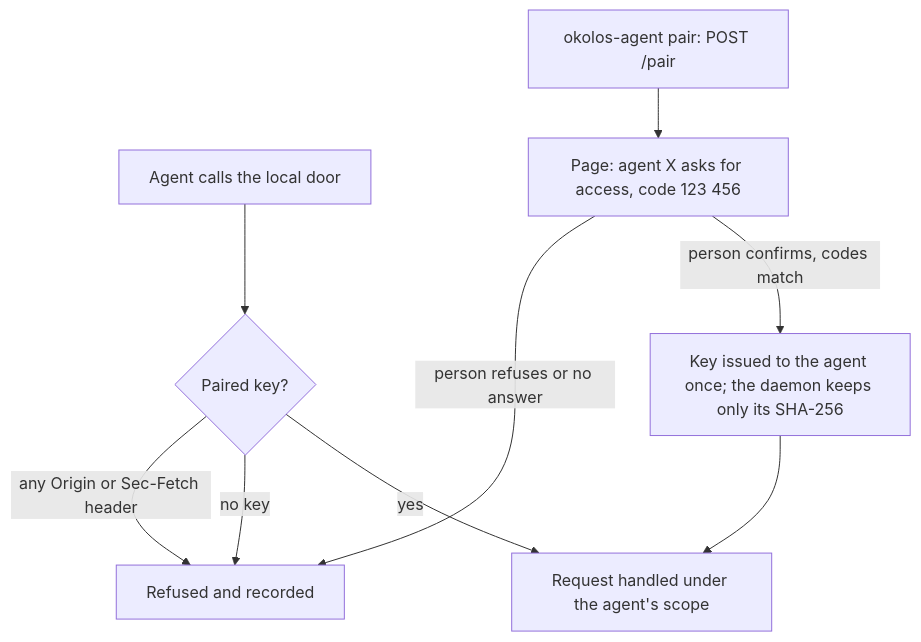
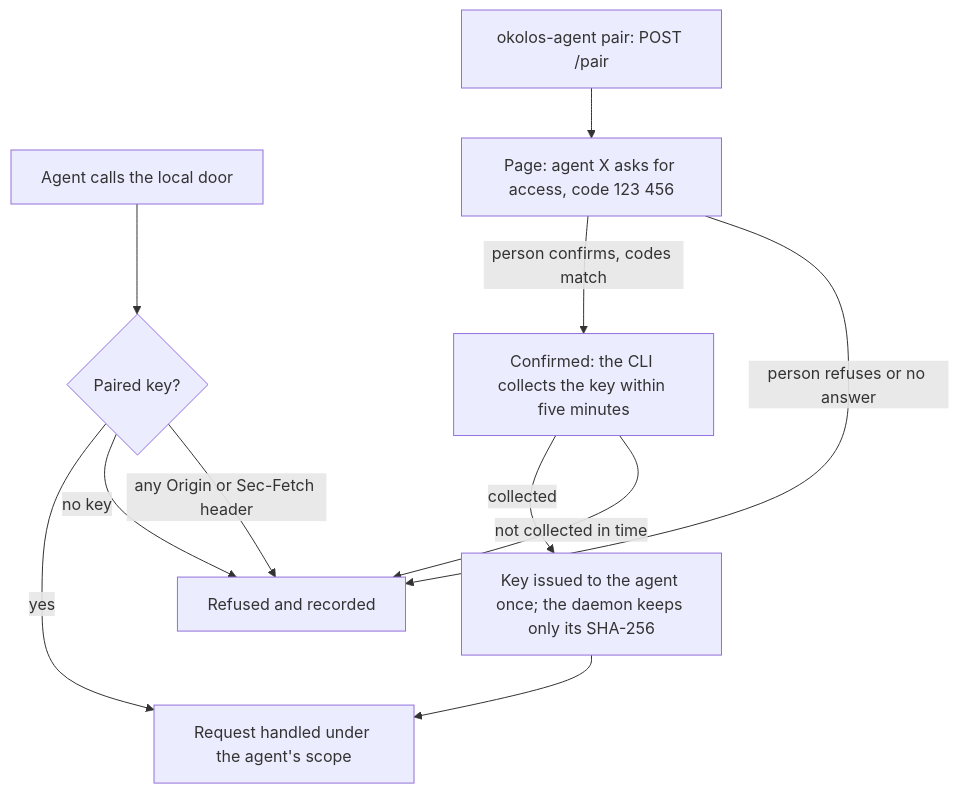
Diagram 21 of 23 in docs/ux/flows.md (passioncode-ai/okolos), drawn with Mermaid before and after one commit. The commit also changed 12 other files, not shown here.

````diff
--- a/docs/ux/flows.md
+++ b/docs/ux/flows.md
@@ -707,12 +707,14 @@
 ```mermaid
 flowchart TD
   A[Agent calls the local door] --> K{Paired key?}
   PR[okolos-agent pair: POST /pair] --> P
   K -->|yes| OK[Request handled under the agent's scope]
   K -->|no key| N
   P[Page: agent X asks for access, code 123 456]
-  P -->|person confirms, codes match| R[Key issued to the agent once; the daemon keeps only its SHA-256]
+  P -->|person confirms, codes match| C[Confirmed: the CLI collects the key within five minutes]
+  C -->|collected| R[Key issued to the agent once; the daemon keeps only its SHA-256]
+  C -->|not collected in time| N
   P -->|person refuses or no answer| N[Refused and recorded]
   R --> OK
   K -->|any Origin or Sec-Fetch header| N
 ```
````
